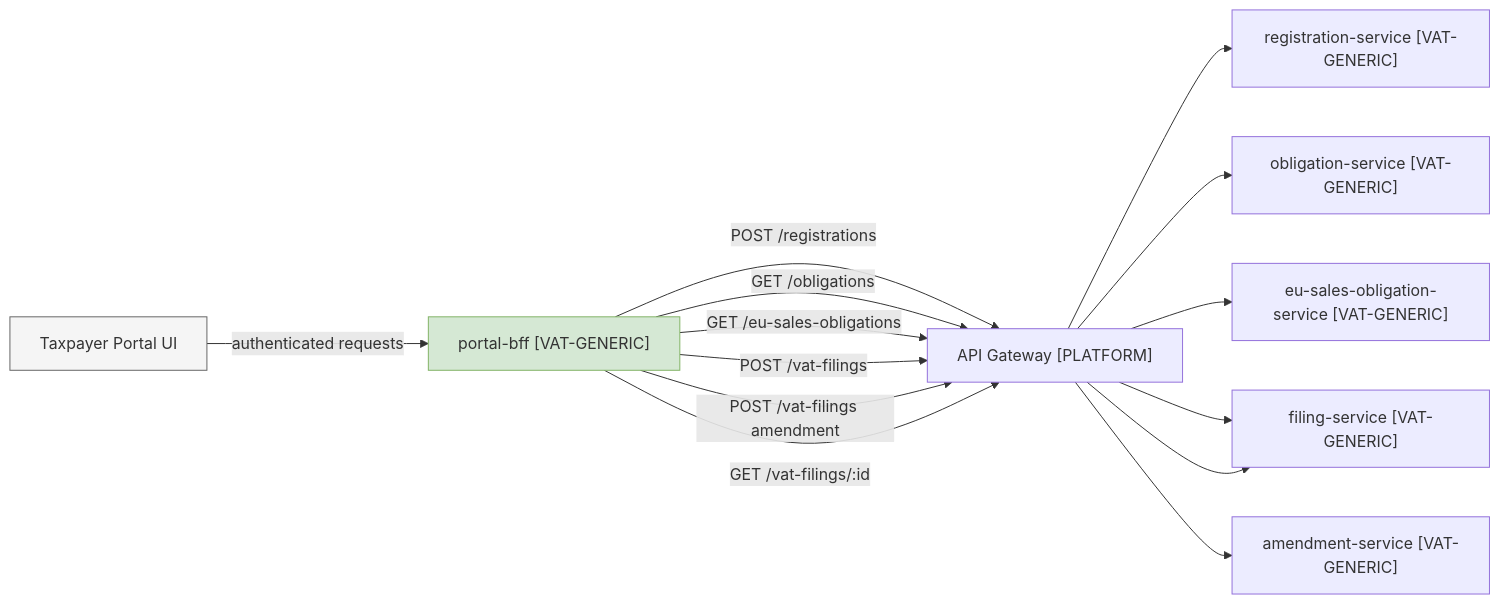
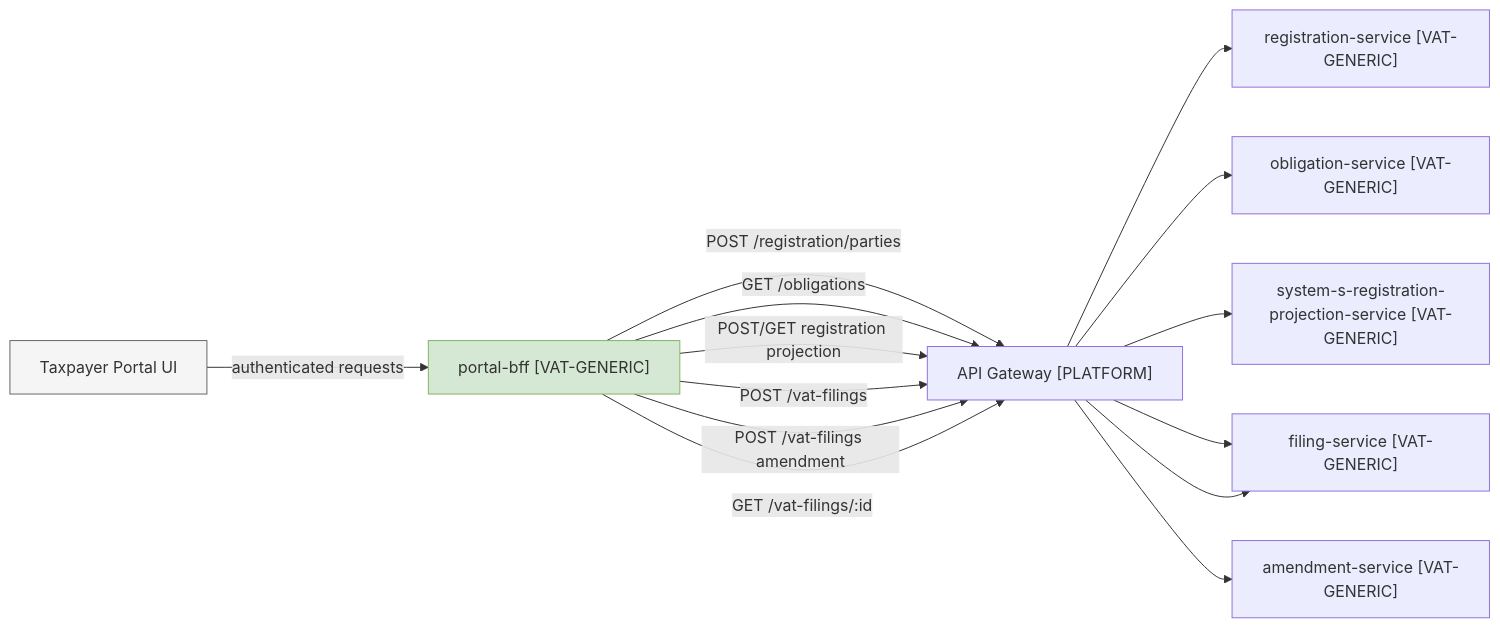
One commit to nc-tbi/VATRI-Codex changed the fourth of 14 diagrams in design/01-vat-filing-assessment-solution-design.md. Above: the diagram before and after it, drawn with Mermaid. The commit also changed other lines of this file and 15 other files, not shown here.

Commit message:
Update VAT design and architecture docs, resolve OQ blockers, and align ViDA step 1-3

````diff
--- a/design/01-vat-filing-assessment-solution-design.md
+++ b/design/01-vat-filing-assessment-solution-design.md
@@ -272,22 +280,22 @@
 ```mermaid
 flowchart LR
     UI["Taxpayer Portal UI"]
     BFF["portal-bff [VAT-GENERIC]"]
     GW["API Gateway [PLATFORM]"]
     RS["registration-service [VAT-GENERIC]"]
     OBS["obligation-service [VAT-GENERIC]"]
-    EUSOBS["eu-sales-obligation-service [VAT-GENERIC]"]
+    EUSOBS["system-s-registration-projection-service [VAT-GENERIC]"]
     FS["filing-service [VAT-GENERIC]"]
     CS["amendment-service [VAT-GENERIC]"]
 
     UI -->|authenticated requests| BFF
-    BFF -->|POST /registrations| GW --> RS
+    BFF -->|POST /registration/parties| GW --> RS
     BFF -->|GET /obligations| GW --> OBS
-    BFF -->|GET /eu-sales-obligations| GW --> EUSOBS
+    BFF -->|POST/GET registration projection| GW --> EUSOBS
     BFF -->|POST /vat-filings| GW --> FS
     BFF -->|POST /vat-filings amendment| GW --> CS
     BFF -->|GET /vat-filings/:id| GW --> FS
 
     style BFF fill:#d5e8d4,stroke:#82b366
     style UI fill:#f5f5f5,stroke:#666
 ```
````
